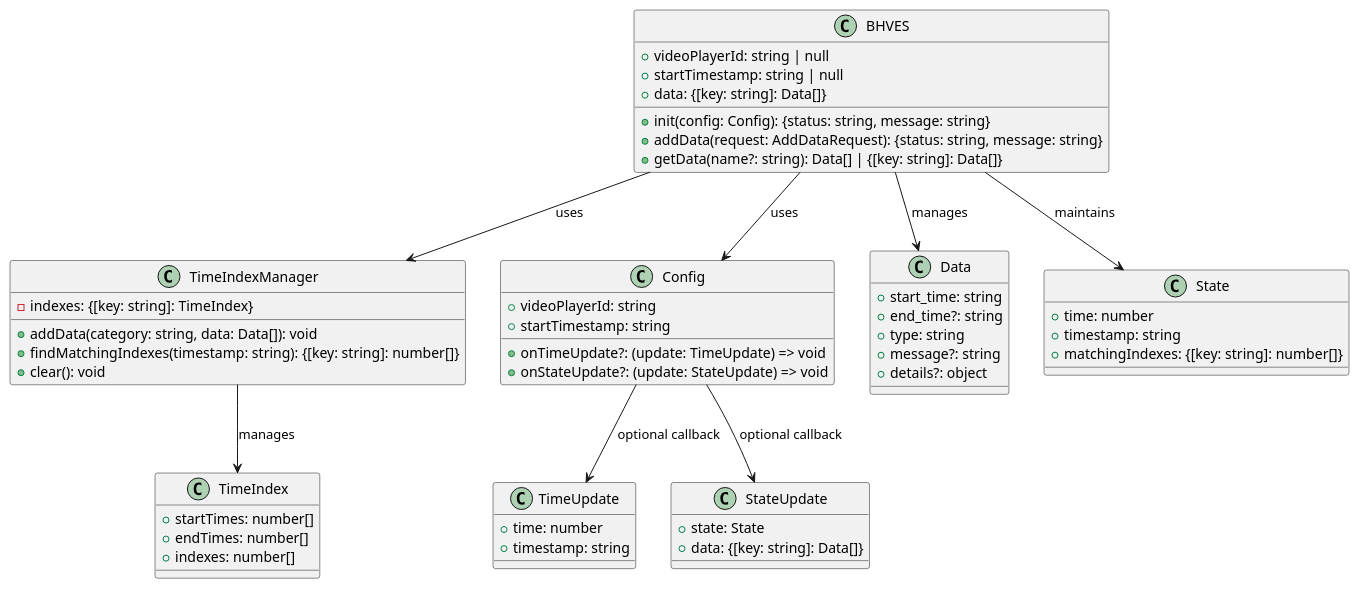
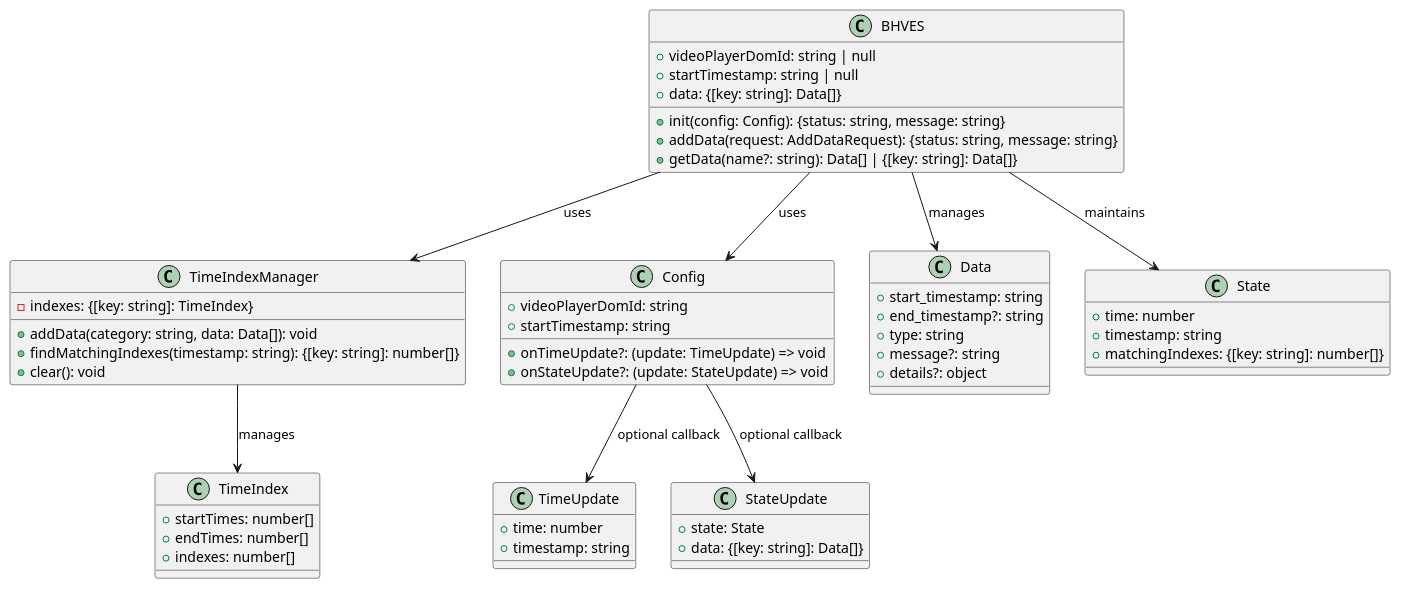
Before and after one commit to patchkit-net/betahub-video-events-sync: the second of 2 diagrams in docs/flow-diagram.puml, drawn with PlantUML. The commit also changed other lines of this file and 14 other files, not shown here.

```diff
--- a/docs/flow-diagram.puml
+++ b/docs/flow-diagram.puml
@@ -52,64 +52,64 @@
 @startuml BHVES Class Diagram
 
 class BHVES {
-  +videoPlayerId: string | null
+  +videoPlayerDomId: string | null
   +startTimestamp: string | null
   +data: {[key: string]: Data[]}
   +init(config: Config): {status: string, message: string}
   +addData(request: AddDataRequest): {status: string, message: string}
   +getData(name?: string): Data[] | {[key: string]: Data[]}
 }
 
 class TimeIndexManager {
   -indexes: {[key: string]: TimeIndex}
   +addData(category: string, data: Data[]): void
   +findMatchingIndexes(timestamp: string): {[key: string]: number[]}
   +clear(): void
 }
 
 class TimeIndex {
   +startTimes: number[]
   +endTimes: number[]
   +indexes: number[]
 }
 
 class Config {
-  +videoPlayerId: string
+  +videoPlayerDomId: string
   +startTimestamp: string
   +onTimeUpdate?: (update: TimeUpdate) => void
   +onStateUpdate?: (update: StateUpdate) => void
 }
 
 class Data {
-  +start_time: string
-  +end_time?: string
+  +start_timestamp: string
+  +end_timestamp?: string
   +type: string
   +message?: string
   +details?: object
 }
 
 class State {
   +time: number
   +timestamp: string
   +matchingIndexes: {[key: string]: number[]}
 }
 
 class TimeUpdate {
   +time: number
   +timestamp: string
 }
 
 class StateUpdate {
   +state: State
   +data: {[key: string]: Data[]}
 }
 
 BHVES --> Config: uses
 BHVES --> Data: manages
 BHVES --> State: maintains
 BHVES --> TimeIndexManager: uses
 TimeIndexManager --> TimeIndex: manages
 Config --> TimeUpdate: optional callback
 Config --> StateUpdate: optional callback
 
 @enduml 
```
